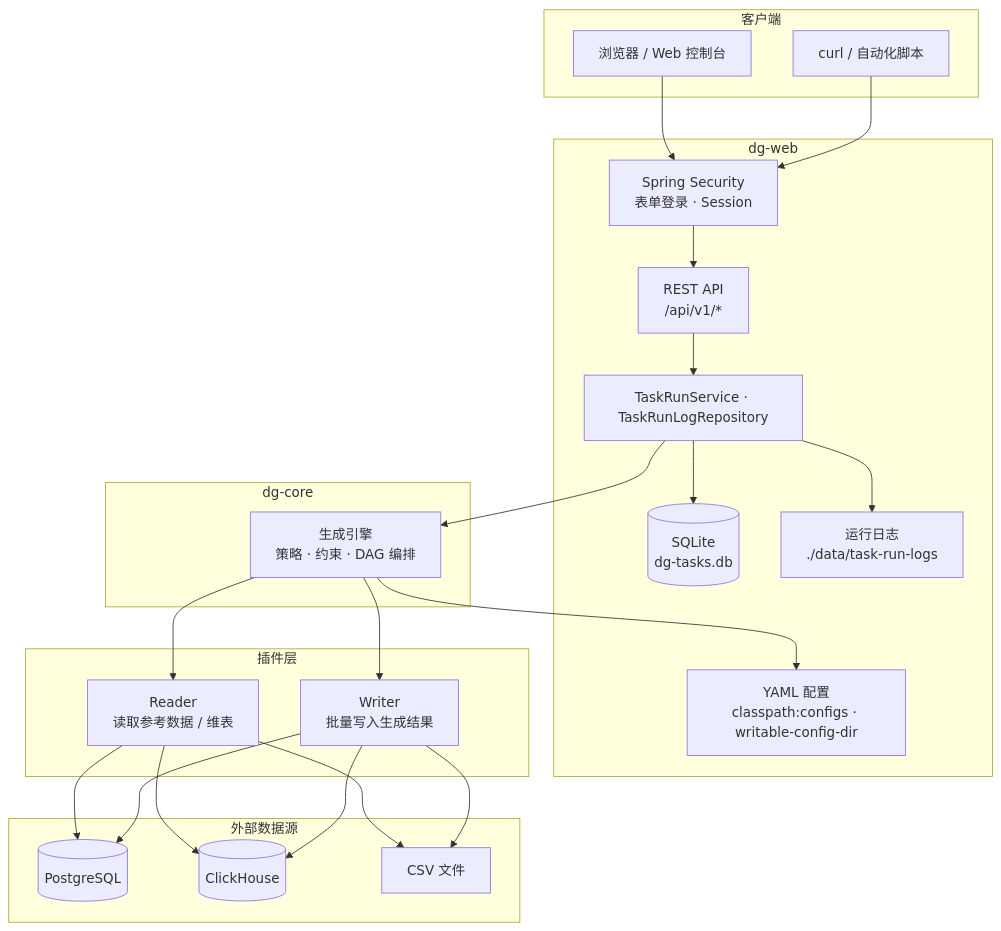
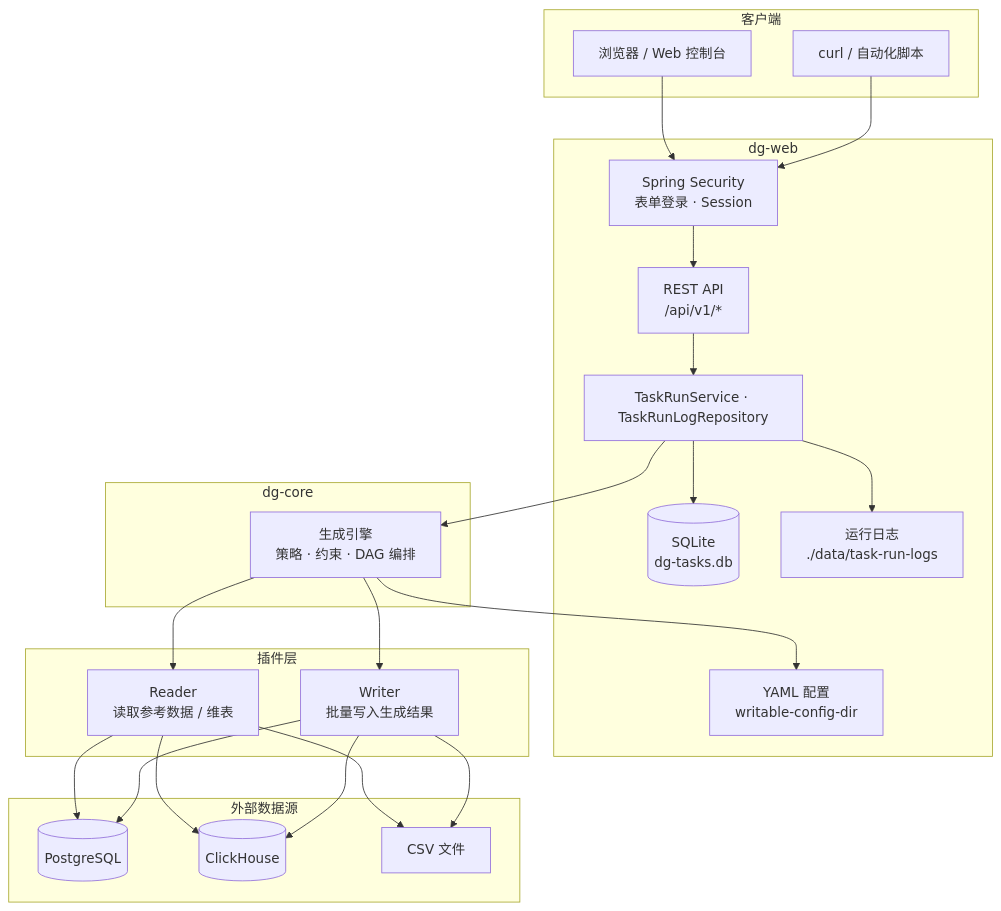
The second of 2 diagrams in README.md (sleetzxy/data-generator), drawn with Mermaid before and after one commit. The commit also changed other lines of this file and 8 other files, not shown here.

Commit message:
refactor: 删除 existsOnClasspath 死代码与 config-dir 配置项，writable-config-dir 成为唯一配置目录

````diff
--- a/README.md
+++ b/README.md
@@ -67,48 +67,48 @@
 ```mermaid
 flowchart TB
     subgraph 客户端
         browser["浏览器 / Web 控制台"]
         script["curl / 自动化脚本"]
     end
 
     subgraph dg-web
         auth["Spring Security<br/>表单登录 · Session"]
         api["REST API<br/>/api/v1/*"]
         svc["TaskRunService · TaskRunLogRepository"]
         sqlite[("SQLite<br/>dg-tasks.db")]
         logfiles["运行日志<br/>./data/task-run-logs"]
-        yaml["YAML 配置<br/>classpath:configs · writable-config-dir"]
+        yaml["YAML 配置<br/>writable-config-dir"]
     end
 
     subgraph dg-core
         engine["生成引擎<br/>策略 · 约束 · DAG 编排"]
     end
 
     subgraph 插件层
         reader["Reader<br/>读取参考数据 / 维表"]
         writer["Writer<br/>批量写入生成结果"]
     end
 
     subgraph 外部数据源
         pg[("PostgreSQL")]
         ch[("ClickHouse")]
         csv["CSV 文件"]
     end
 
     browser --> auth
     script --> auth
     auth --> api
     api --> svc
     svc --> sqlite
     svc --> logfiles
     svc --> engine
     engine --> yaml
     engine --> reader
     engine --> writer
     reader --> pg
     reader --> ch
     reader --> csv
     writer --> pg
     writer --> ch
     writer --> csv
 ```
````
